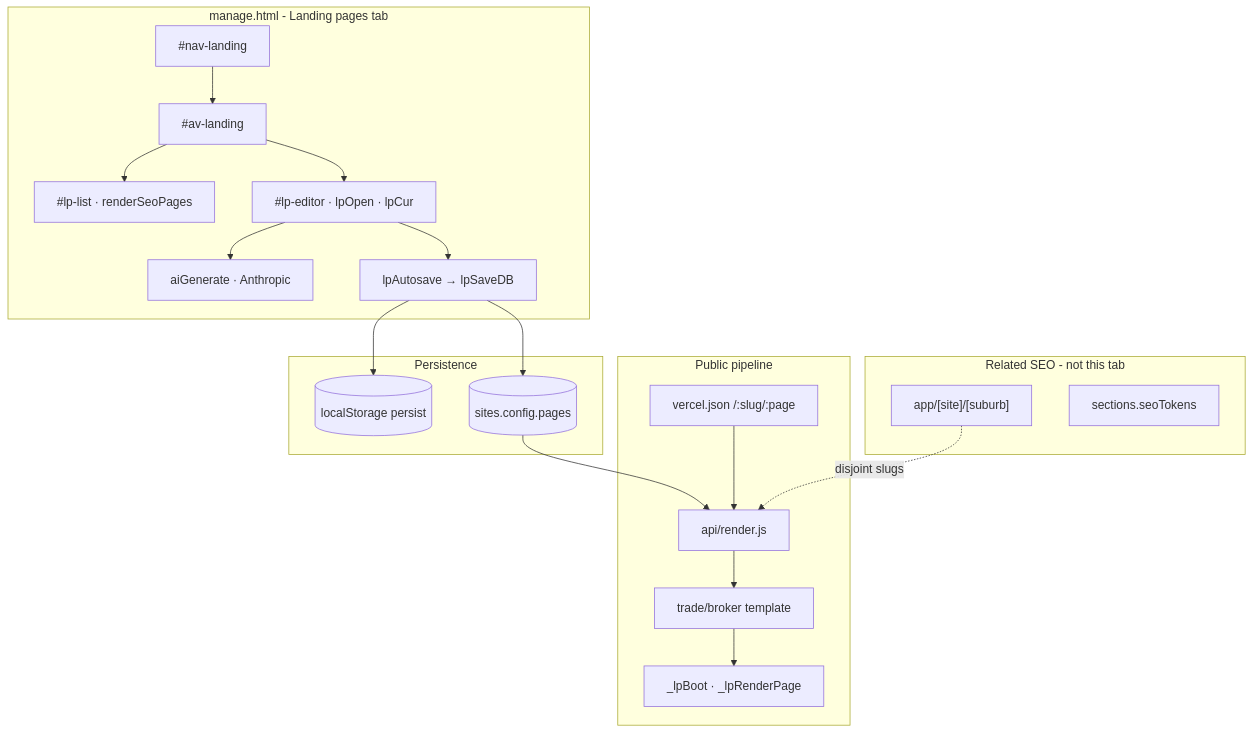
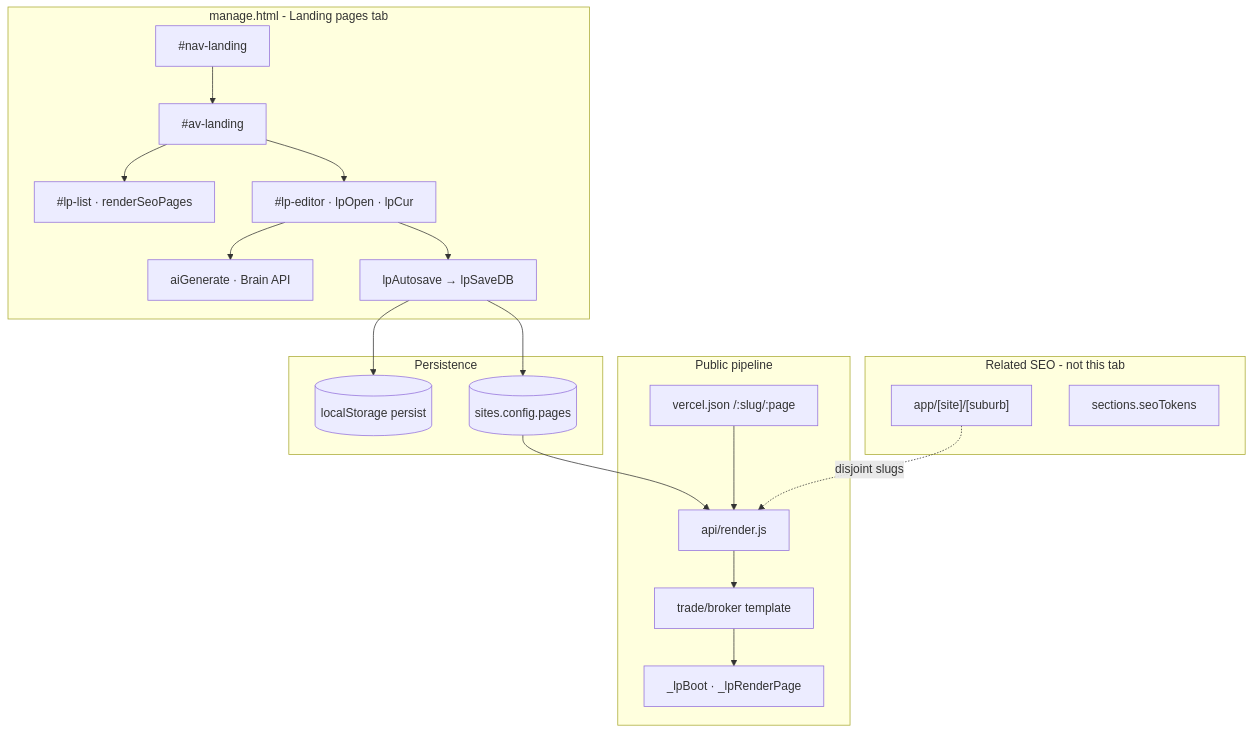
Before and after one commit to coffeeguy77/leadpages: the fifth of 7 diagrams in docs/features/Pages.md, drawn with Mermaid. The commit also changed other lines of this file and 20 other files, not shown here.

````diff
--- a/docs/features/Pages.md
+++ b/docs/features/Pages.md
@@ -583,37 +585,37 @@
 ```mermaid
 flowchart TB
   subgraph editor [manage.html - Landing pages tab]
     Nav["#nav-landing"]
     Panel["#av-landing"]
     List["#lp-list · renderSeoPages"]
     Ed["#lp-editor · lpOpen · lpCur"]
-    AI["aiGenerate · Anthropic"]
+    AI["aiGenerate · Brain API"]
     Save["lpAutosave → lpSaveDB"]
   end
 
   subgraph storage [Persistence]
     LS[(localStorage persist)]
     SB[(sites.config.pages)]
   end
 
   subgraph render [Public pipeline]
     VCL[vercel.json /:slug/:page]
     API[api/render.js]
     TPL[trade/broker template]
     BOOT[_lpBoot · _lpRenderPage]
   end
 
   subgraph sibling [Related SEO - not this tab]
     Suburb["app/[site]/[suburb]"]
     LocalSEO["sections.seoTokens"]
   end
 
   Nav --> Panel
   Panel --> List & Ed
   Ed --> Save
   Ed --> AI
   Save --> LS & SB
   SB --> API
   VCL --> API --> TPL --> BOOT
   Suburb -.->|disjoint slugs| API
 ```
````
